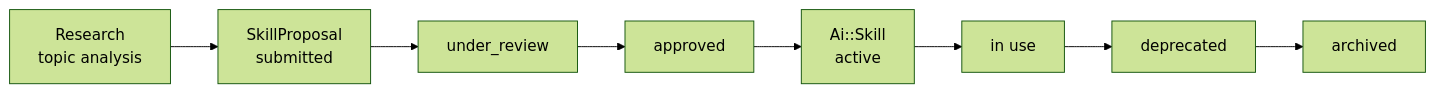
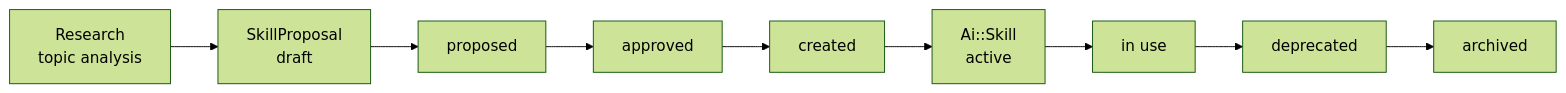
One commit to nodealchemy/powernode-platform changed the fourth of 4 diagrams in docs/concepts/knowledge-and-memory.md. Above: the diagram before and after it, drawn with Mermaid (forest theme). The commit also changed other lines of this file and 6 other files, not shown here.

````diff
--- a/docs/concepts/knowledge-and-memory.md
+++ b/docs/concepts/knowledge-and-memory.md
@@ -469,14 +468,15 @@
 ```mermaid
 flowchart LR
     Research[Research<br/>topic analysis]
-    Proposal[SkillProposal<br/>submitted]
-    Review[under_review]
+    Draft[SkillProposal<br/>draft]
+    Proposed[proposed]
     Approval[approved]
+    CreatedProposal[created]
     Created[Ai::Skill<br/>active]
     Active[in use]
     Deprecated[deprecated]
     Archived[archived]
 
-    Research --> Proposal --> Review --> Approval --> Created --> Active
+    Research --> Draft --> Proposed --> Approval --> CreatedProposal --> Created --> Active
     Active --> Deprecated --> Archived
 ```
````
